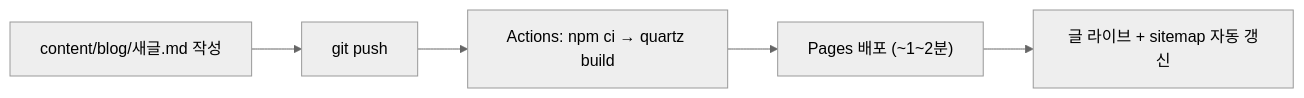
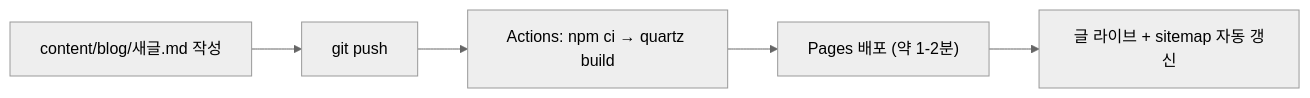
Before and after one commit to DBhyeong/DBhyeong.github.io: the third of 3 diagrams in content/blog/build-tech-blog-with-quartz-github-pages.md, drawn with Mermaid (neutral theme). The commit also changed 6 other files, not shown here.

First line of the commit message:
fix(mermaid): 라벨 내 물결 2개가 취소선으로 파싱되는 버그 수정

````diff
--- a/content/blog/build-tech-blog-with-quartz-github-pages.md
+++ b/content/blog/build-tech-blog-with-quartz-github-pages.md
@@ -138,7 +138,7 @@
 ```mermaid
 flowchart LR
     A["content/blog/새글.md 작성"] --> B["git push"]
     B --> C["Actions: npm ci → quartz build"]
-    C --> D["Pages 배포 (~1~2분)"]
+    C --> D["Pages 배포 (약 1-2분)"]
     D --> E["글 라이브 + sitemap 자동 갱신"]
 ```
````
